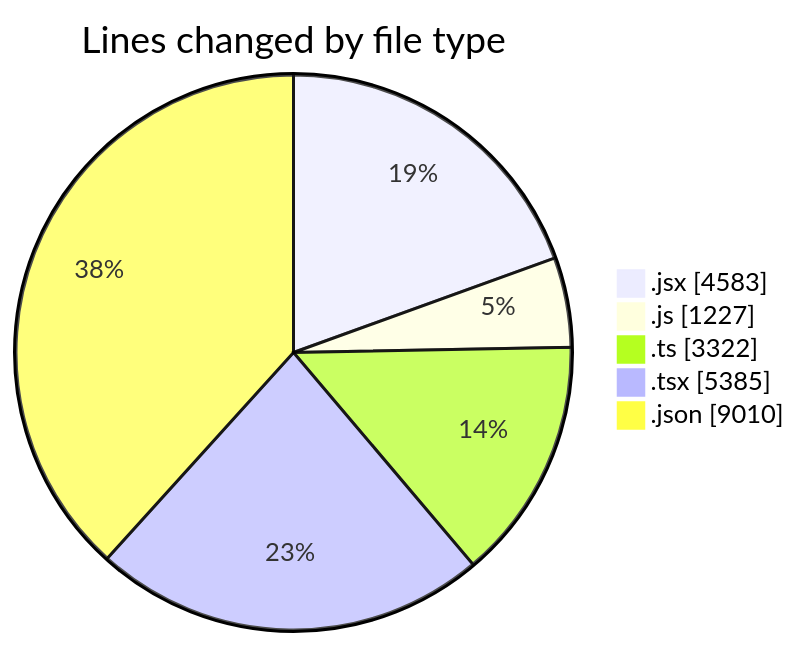
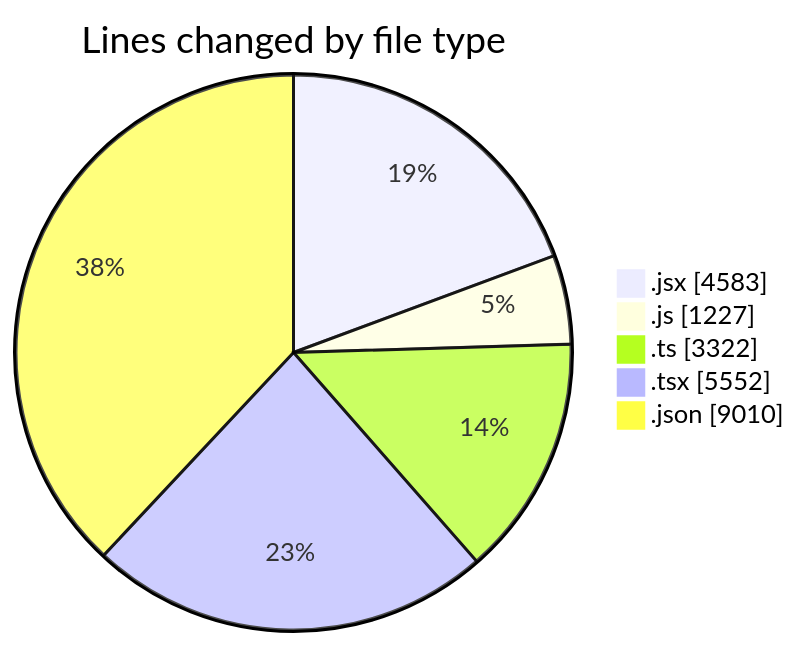
The first of 2 diagrams in 2026-01-21/nxtqube_webapp/README.md (nxtqubesakshisongat/code-tracking), drawn with Mermaid before and after one commit. The commit also changed other lines of this file and 1 other file, not shown here.

````diff
--- a/2026-01-21/nxtqube_webapp/README.md
+++ b/2026-01-21/nxtqube_webapp/README.md
@@ -35,9 +35,9 @@
 ```mermaid
 pie showData
 title Lines changed by file type
 ".jsx" : 4583
 ".js" : 1227
 ".ts" : 3322
-".tsx" : 5385
+".tsx" : 5552
 ".json" : 9010
 ```
````
